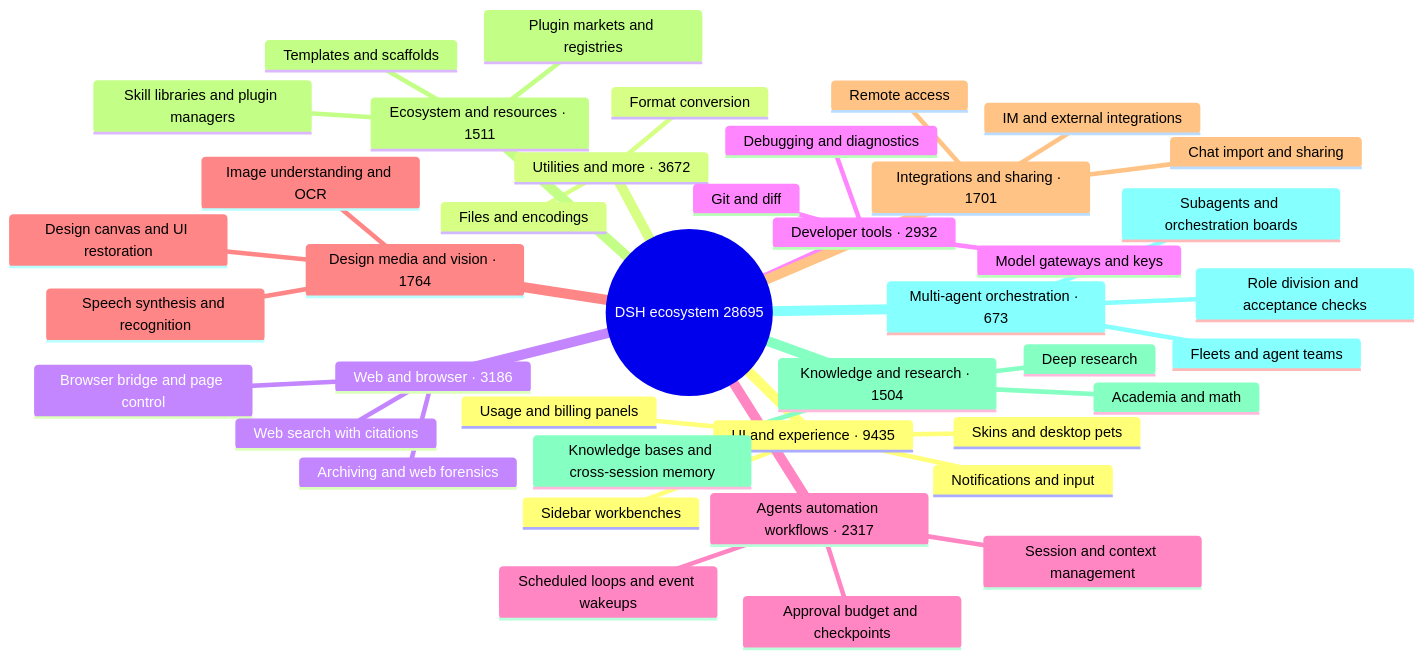
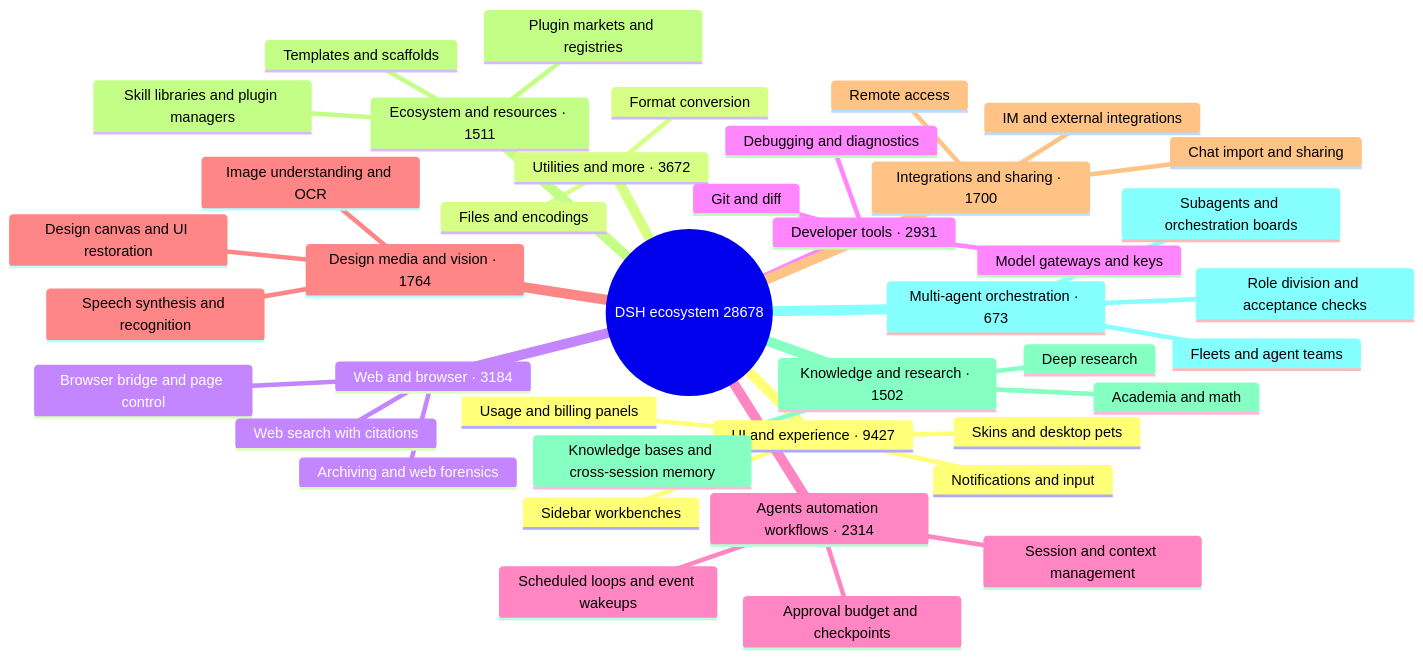
Before and after one commit to bruc3van/awesome-dsh-plugin: the diagram in README_EN.md, drawn with Mermaid. The commit also changed other lines of this file and 26 other files, not shown here.

````diff
--- a/README_EN.md
+++ b/README_EN.md
@@ -40,44 +40,44 @@
 ```mermaid
 mindmap
-  root((DSH ecosystem 28695))
-    UI and experience · 9435
+  root((DSH ecosystem 28678))
+    UI and experience · 9427
       Usage and billing panels
       Sidebar workbenches
       Skins and desktop pets
       Notifications and input
     Utilities and more · 3672
       Files and encodings
       Format conversion
-    Web and browser · 3186
+    Web and browser · 3184
       Browser bridge and page control
       Web search with citations
       Archiving and web forensics
-    Developer tools · 2932
+    Developer tools · 2931
       Git and diff
       Model gateways and keys
       Debugging and diagnostics
-    Agents automation workflows · 2317
+    Agents automation workflows · 2314
       Session and context management
       Scheduled loops and event wakeups
       Approval budget and checkpoints
     Design media and vision · 1764
       Image understanding and OCR
       Design canvas and UI restoration
       Speech synthesis and recognition
-    Integrations and sharing · 1701
+    Integrations and sharing · 1700
       Chat import and sharing
       Remote access
       IM and external integrations
     Ecosystem and resources · 1511
       Plugin markets and registries
       Skill libraries and plugin managers
       Templates and scaffolds
-    Knowledge and research · 1504
+    Knowledge and research · 1502
       Knowledge bases and cross-session memory
       Deep research
       Academia and math
     Multi-agent orchestration · 673
       Subagents and orchestration boards
       Fleets and agent teams
       Role division and acceptance checks
 ```
````
